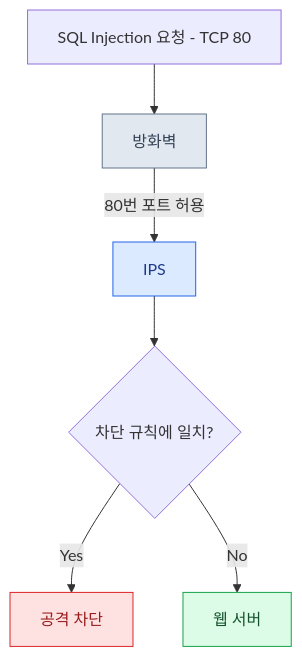
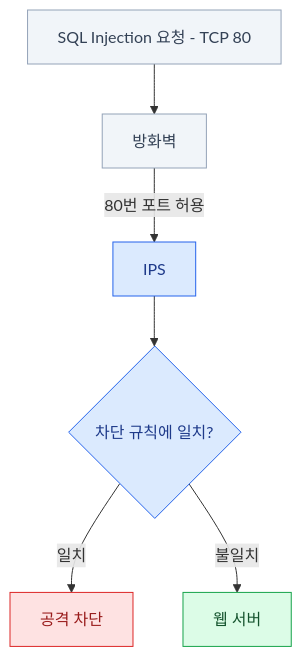
The fourth of 6 diagrams in _posts/2026-11-27-ids-ips.md (jjihhwaan/jjihhwaan.github.io), drawn with Mermaid before and after one commit. The commit also changed other lines of this file, not shown here.

````diff
--- a/_posts/2026-11-27-ids-ips.md
+++ b/_posts/2026-11-27-ids-ips.md
@@ -568,14 +643,19 @@
 ```mermaid
 flowchart TB
     A["SQL Injection 요청 - TCP 80"]
     A --> B["방화벽"]
-    B -->|"80번 포트 허용"| C["IPS"]
+    B -->|80번 포트 허용| C["IPS"]
     C --> D{"차단 규칙에 일치?"}
-    D -->|Yes| E["공격 차단"]
-    D -->|No| F["웹 서버"]
+    D -->|일치| E["공격 차단"]
+    D -->|불일치| F["웹 서버"]
 
-    style B fill:#e2e8f0,stroke:#64748b,color:#334155
-    style C fill:#dbeafe,stroke:#2563eb,color:#1e3a8a
-    style E fill:#fee2e2,stroke:#dc2626,color:#991b1b
-    style F fill:#dcfce7,stroke:#16a34a,color:#14532d
+    classDef normal fill:#f1f5f9,stroke:#94a3b8,color:#334155
+    classDef inspect fill:#dbeafe,stroke:#2563eb,color:#1e3a8a
+    classDef block fill:#fee2e2,stroke:#dc2626,color:#991b1b
+    classDef allow fill:#dcfce7,stroke:#16a34a,color:#14532d
+
+    class A,B normal
+    class C,D inspect
+    class E block
+    class F allow
 ```
````
